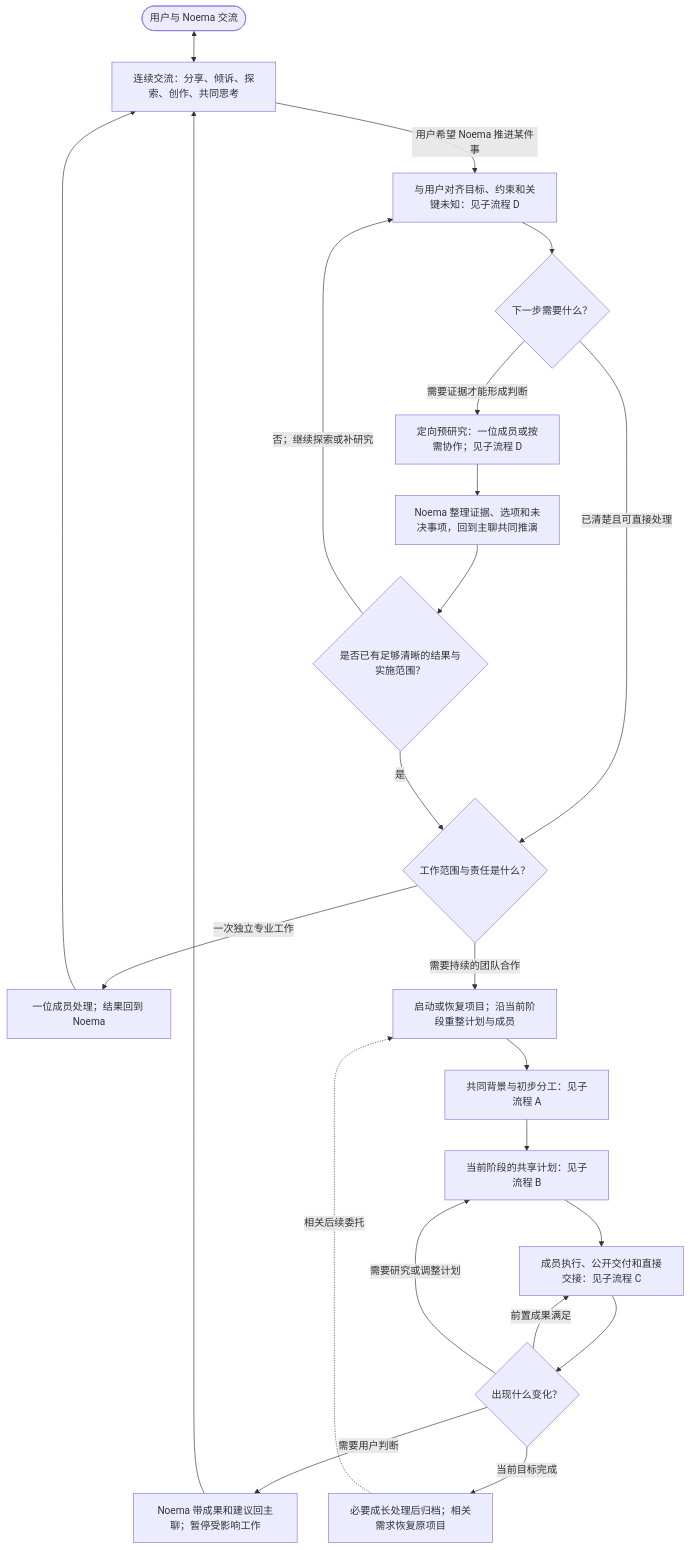
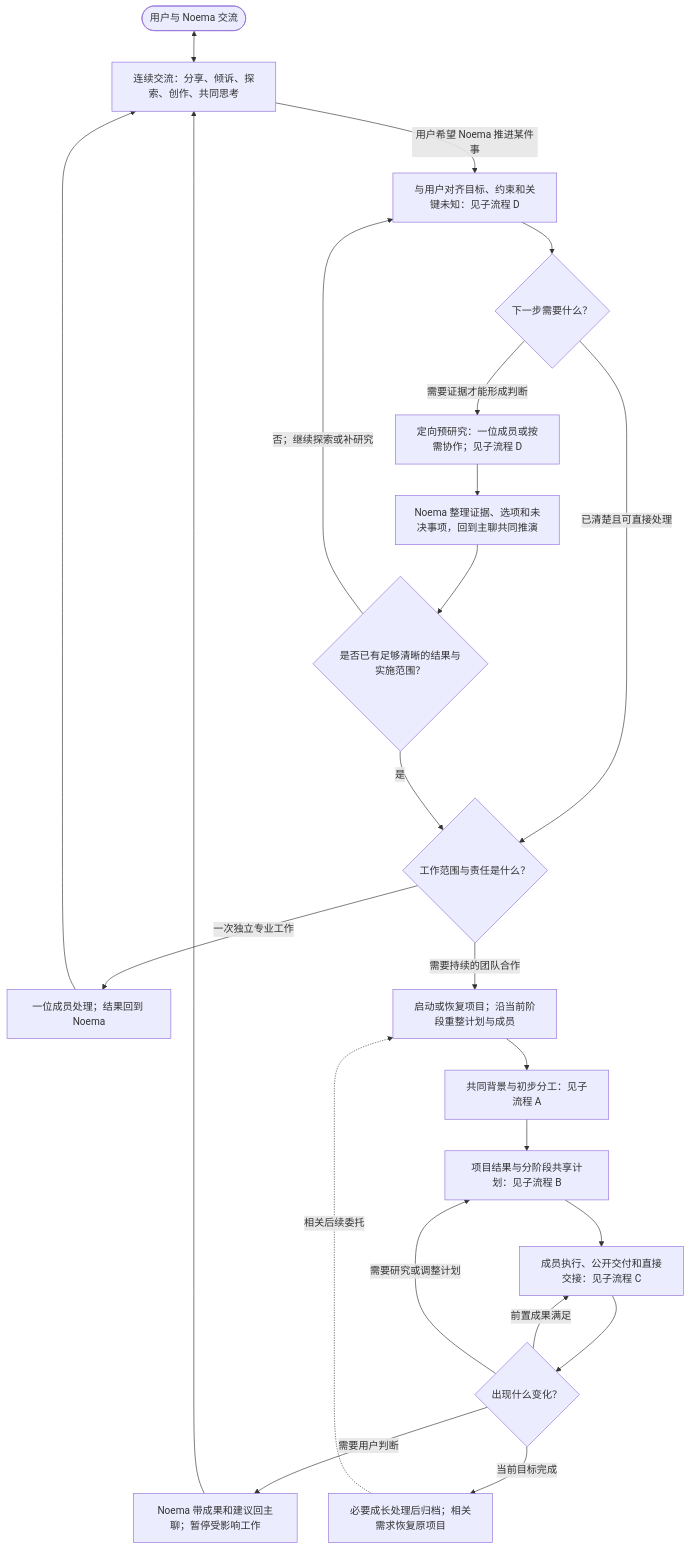
One commit to Noema-Harness/noema-agent changed the first of 8 diagrams in docs/design/noema-core-flows.md. Above: the diagram before and after it, drawn with Mermaid. The commit also changed other lines of this file and 14 other files, not shown here.

````diff
--- a/docs/design/noema-core-flows.md
+++ b/docs/design/noema-core-flows.md
@@ -19,25 +19,25 @@
 ```mermaid
 flowchart TD
     U([用户与 Noema 交流]) <--> N[连续交流：分享、倾诉、探索、创作、共同思考]
     N -- 用户希望 Noema 推进某件事 --> R[与用户对齐目标、约束和关键未知：见子流程 D]
     R --> DISCOVER{下一步需要什么？}
     DISCOVER -- 已清楚且可直接处理 --> CHOOSE{工作范围与责任是什么？}
     DISCOVER -- 需要证据才能形成判断 --> STUDY[定向预研究：一位成员或按需协作；见子流程 D]
     STUDY --> SYNTH[Noema 整理证据、选项和未决事项，回到主聊共同推演]
     SYNTH --> READY{是否已有足够清晰的结果与实施范围？}
     READY -- 否；继续探索或补研究 --> R
     READY -- 是 --> CHOOSE
     CHOOSE -- 一次独立专业工作 --> SINGLE[一位成员处理；结果回到 Noema]
     SINGLE --> N
     CHOOSE -- 需要持续的团队合作 --> PROJECT[启动或恢复项目；沿当前阶段重整计划与成员]
     PROJECT --> START[共同背景与初步分工：见子流程 A]
-    START --> PLAN[当前阶段的共享计划：见子流程 B]
+    START --> PLAN[项目结果与分阶段共享计划：见子流程 B]
     PLAN --> WORK[成员执行、公开交付和直接交接：见子流程 C]
     WORK --> DECIDE{出现什么变化？}
     DECIDE -- 前置成果满足 --> WORK
     DECIDE -- 需要研究或调整计划 --> PLAN
     DECIDE -- 需要用户判断 --> REVIEW[Noema 带成果和建议回主聊；暂停受影响工作]
     REVIEW --> N
     DECIDE -- 当前目标完成 --> END[必要成长处理后归档；相关需求恢复原项目]
     END -. 相关后续委托 .-> PROJECT
 ```
````
